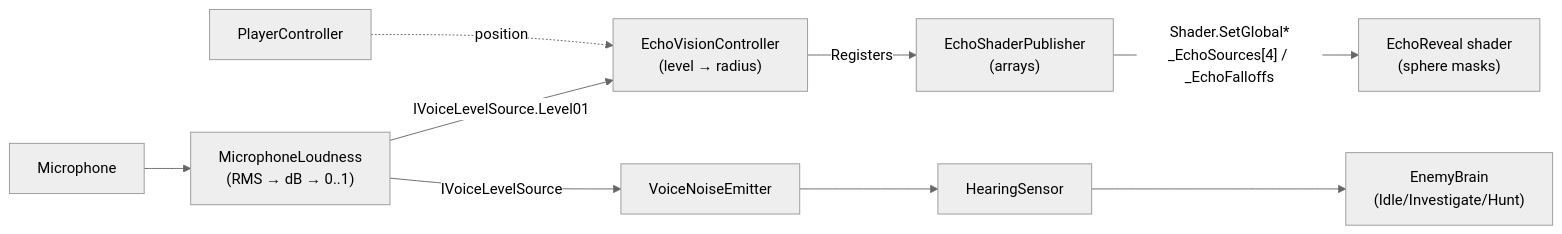
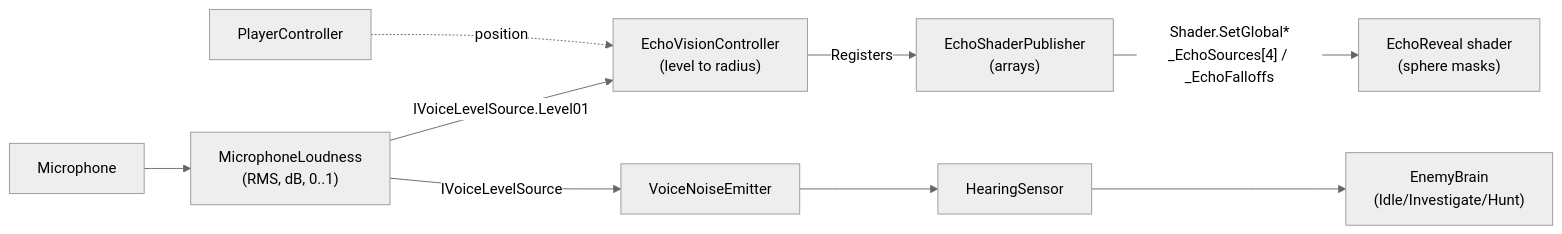
Before and after one commit to DanDavD/EchoGame: the diagram in docs/ARCHITECTURE.md, drawn with Mermaid (neutral theme). The commit also changed other lines of this file and 9 other files, not shown here.

````diff
--- a/docs/ARCHITECTURE.md
+++ b/docs/ARCHITECTURE.md
@@ -8,9 +8,9 @@
 ```mermaid
 flowchart LR
-    Mic["Microphone"] --> ML["MicrophoneLoudness<br/>(RMS → dB → 0..1)"]
-    ML -- "IVoiceLevelSource.Level01" --> EV["EchoVisionController<br/>(level → radius)"]
+    Mic["Microphone"] --> ML["MicrophoneLoudness<br/>(RMS, dB, 0..1)"]
+    ML -- "IVoiceLevelSource.Level01" --> EV["EchoVisionController<br/>(level to radius)"]
     EV -- "Registers" --> ESP["EchoShaderPublisher<br/>(arrays)"]
     ESP -- "Shader.SetGlobal*<br/>_EchoSources[4] / _EchoFalloffs" --> SH["EchoReveal shader<br/>(sphere masks)"]
     ML -- "IVoiceLevelSource" --> VNE["VoiceNoiseEmitter"] --> HS["HearingSensor"] --> AI["EnemyBrain<br/>(Idle/Investigate/Hunt)"]
     PC["PlayerController"] -. "position" .-> EV
 ```
````
